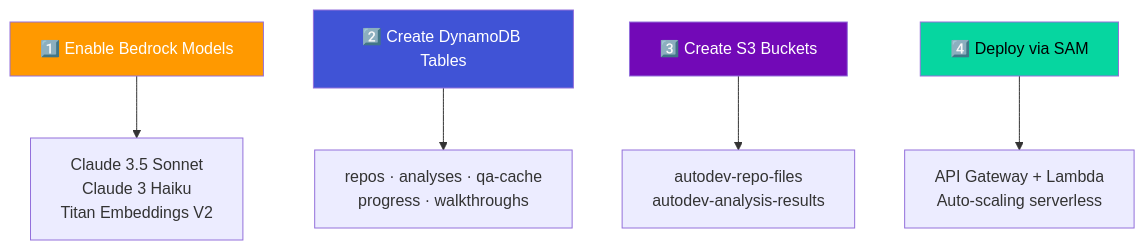
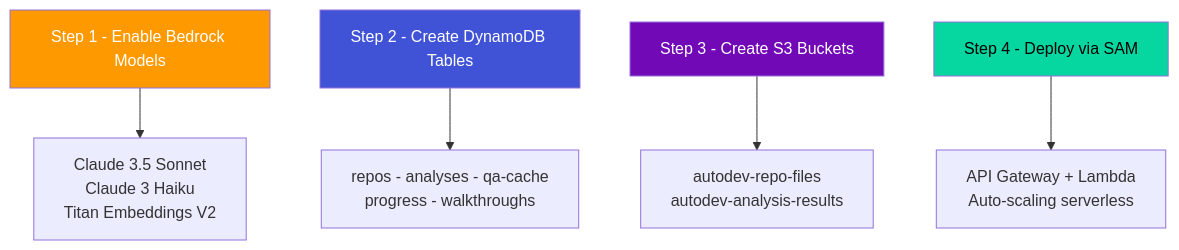
Before and after one commit to STIWARTs/AutoDev-AI: the ninth of 14 diagrams in README.md, drawn with Mermaid. The commit also changed other lines of this file, not shown here.

Commit message:
docs: fix mermaid parse errors - remove emojis from diagrams, fix S3 style typo

````diff
--- a/README.md
+++ b/README.md
@@ -726,12 +726,12 @@
 ```mermaid
 flowchart TD
-    A["1️⃣ Enable Bedrock Models"] --> B["Claude 3.5 Sonnet\nClaude 3 Haiku\nTitan Embeddings V2"]
-    C["2️⃣ Create DynamoDB Tables"] --> D["repos · analyses · qa-cache\nprogress · walkthroughs"]
-    E["3️⃣ Create S3 Buckets"] --> F["autodev-repo-files\nautodev-analysis-results"]
-    G["4️⃣ Deploy via SAM"] --> H["API Gateway + Lambda\nAuto-scaling serverless"]
+    A["Step 1 - Enable Bedrock Models"] --> B["Claude 3.5 Sonnet\nClaude 3 Haiku\nTitan Embeddings V2"]
+    C["Step 2 - Create DynamoDB Tables"] --> D["repos - analyses - qa-cache\nprogress - walkthroughs"]
+    E["Step 3 - Create S3 Buckets"] --> F["autodev-repo-files\nautodev-analysis-results"]
+    G["Step 4 - Deploy via SAM"] --> H["API Gateway + Lambda\nAuto-scaling serverless"]
 
     style A fill:#FF9900,color:#fff
     style C fill:#4053D6,color:#fff
     style E fill:#7209B7,color:#fff
     style G fill:#06D6A0,color:#000
 ```
````
